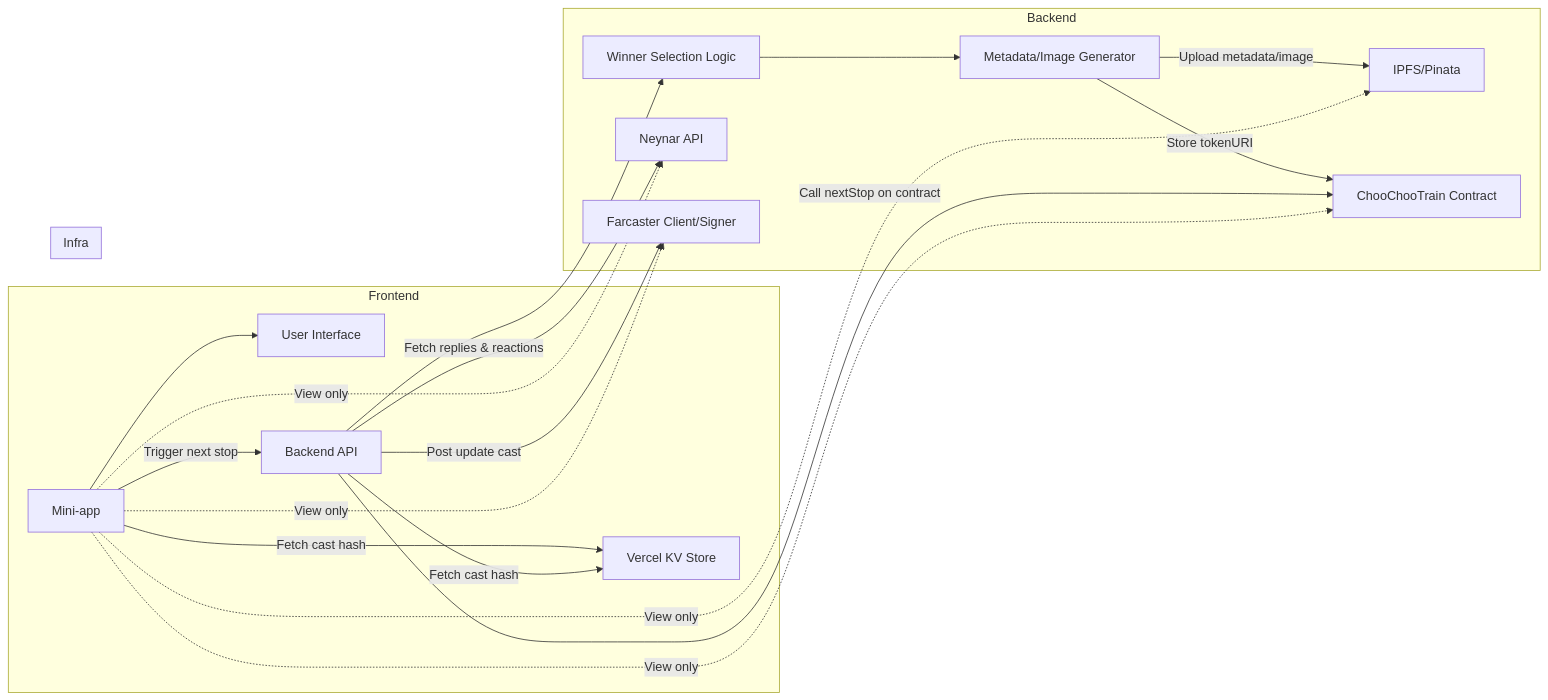
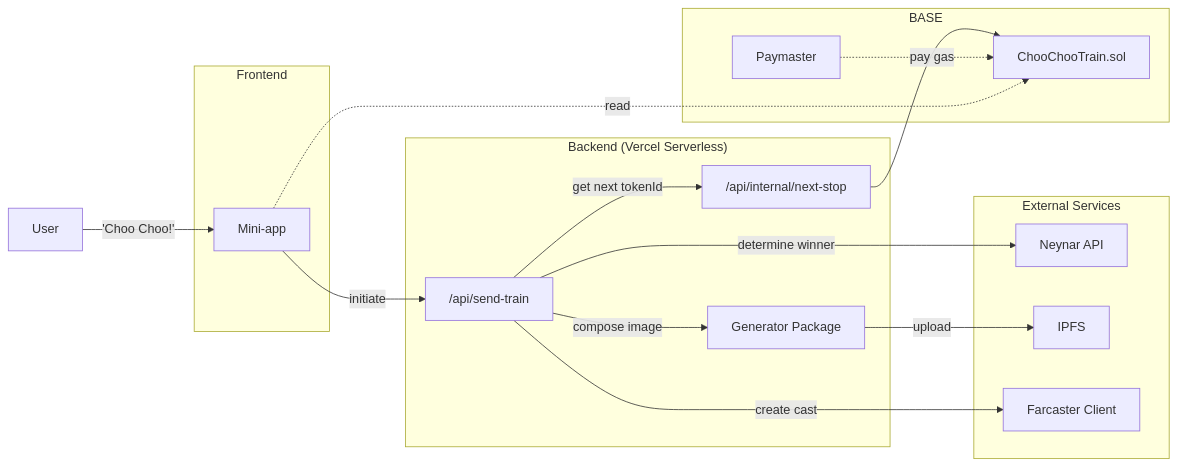
The diagram in README.md (LazerTechnologies/choo-choo-monorepo), drawn with Mermaid before and after one commit. The commit also changed other lines of this file and 19 other files, not shown here.

Commit message:
✨ Write image generator package and update next-stop API route

````diff
--- a/README.md
+++ b/README.md
@@ -65,46 +66,45 @@
 ```mermaid
 flowchart LR
+  %% User
+  User["User"] -->|"'Choo Choo!'"| FE
+
   %% Frontend
   subgraph Frontend
     FE["Mini-app"]
-    UIUX["User Interface"]
-    FE -->|"Fetch cast hash"| KV["KV Store"]
-    FE --> UIUX
-    FE -->|"Trigger next stop"| BE["Backend API"]
   end
 
   %% Backend
-  subgraph Backend
-    BE["Backend API"]
-    WIN["Winner Selection Logic"]
-    META["Metadata/Image Generator"]
-    BE -->|"Fetch cast hash"| KV
-    BE -->|"Fetch replies & reactions"| Neynar[Neynar API]
-    BE --> WIN
-    WIN --> META
-    META -->|"Upload metadata/image"| Pinata["IPFS/Pinata"]
-    META -->|"Store tokenURI"| Contract["ChooChooTrain Contract"]
-    BE -->|"Call nextStop on contract"| Contract
-    BE -->|"Post update cast"| Farcaster["Farcaster Client/Signer"]
+  subgraph "Backend (Vercel Serverless)"
+    Orchestrator["/api/send-train"]
+    Generator["Generator Package"]
+    InternalNextStop["/api/internal/next-stop"]
   end
 
-  %% Infra
-  subgraph Infra
-    KV["Vercel KV Store"]
-    Pinata["IPFS/Pinata"]
-    Contract["ChooChooTrain Contract"]
-    Farcaster["Farcaster Client/Signer"]
+  %% External Services
+  subgraph "External Services"
     Neynar["Neynar API"]
+    Pinata["IPFS"]
+    Farcaster["Farcaster Client"]
   end
 
+  %% BASE Network
+  subgraph "BASE"
+    Contract["ChooChooTrain.sol"]
+    Paymaster["Paymaster"]
+  end
+
+  %% Main flow connections
+  FE -->|initiate| Orchestrator
+  Orchestrator -->|determine winner| Neynar
+  Orchestrator -->|get next tokenId| InternalNextStop
+  Orchestrator -->|compose image| Generator
+  Generator -->|upload| Pinata
+  InternalNextStop --> Contract
+  Orchestrator -->|create cast| Farcaster
+
+  %% Gas sponsorship
+  Paymaster -.->|pay gas| Contract
+
   %% View-only flows
-  FE -.->|"View only"| Pinata
-  FE -.->|"View only"| Contract
-  FE -.->|"View only"| Farcaster
-  FE -.->|"View only"| Neynar
-
-  %% Comments for clarity
-  %% Frontend fetches cast hash from KV, triggers backend
-  %% Backend orchestrates: fetches cast hash, gets replies from Neynar, selects winner, generates metadata, uploads to Pinata, calls contract, posts to Farcaster
-  %% Users can view journey/tickets from Pinata, Contract, Farcaster
+  FE -.->|read| Contract
 ```
````
